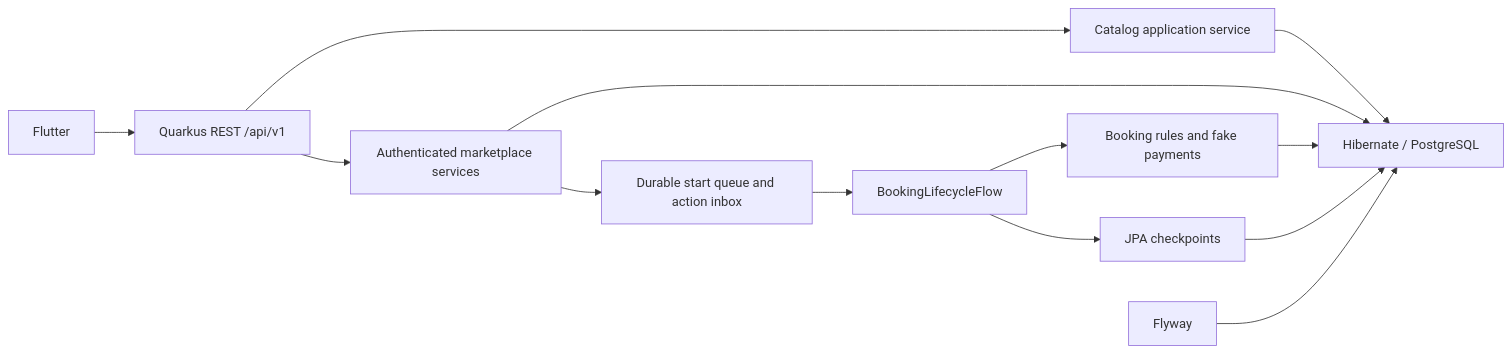
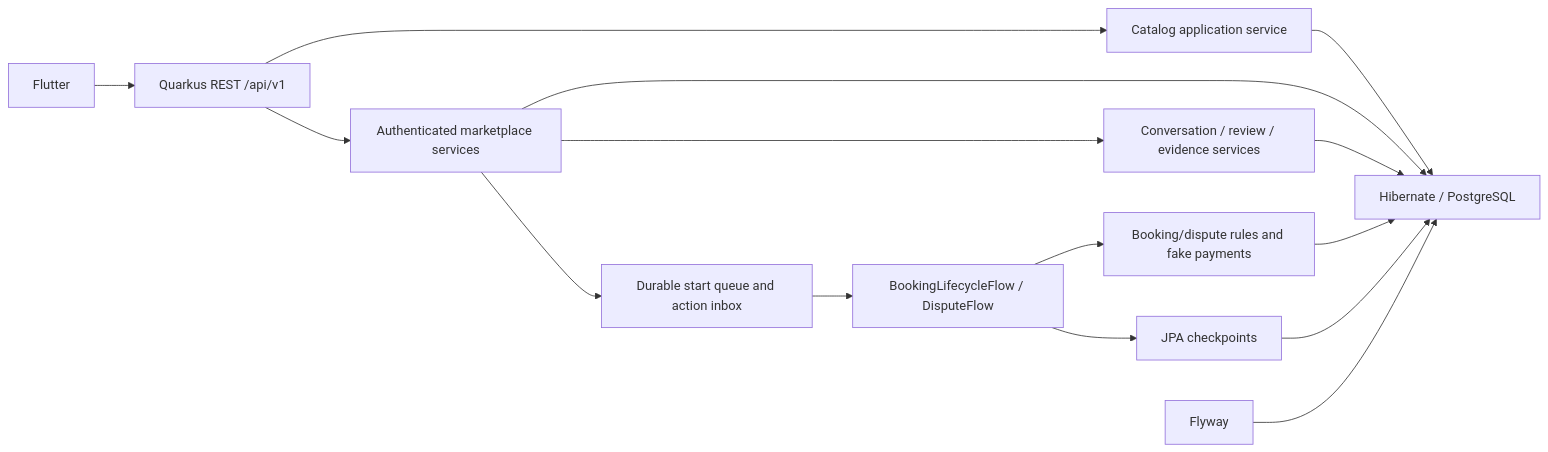
The diagram in docs/architecture/ARCHITECTURE.md (Stuaarts/Bliss), drawn with Mermaid before and after one commit. The commit also changed other lines of this file and 10 other files, not shown here.

````diff
--- a/docs/architecture/ARCHITECTURE.md
+++ b/docs/architecture/ARCHITECTURE.md
@@ -8,15 +9,17 @@
 ```mermaid
 flowchart LR
   Flutter --> REST[Quarkus REST /api/v1]
   REST --> Catalog[Catalog application service]
   REST --> Marketplace[Authenticated marketplace services]
   Catalog --> ORM[Hibernate / PostgreSQL]
   Marketplace --> ORM
   Marketplace --> Inbox[Durable start queue and action inbox]
-  Inbox --> Flow[BookingLifecycleFlow]
-  Flow --> Domain[Booking rules and fake payments]
+  Inbox --> Flow[BookingLifecycleFlow / DisputeFlow]
+  Flow --> Domain[Booking/dispute rules and fake payments]
+  Marketplace --> Social[Conversation / review / evidence services]
+  Social --> ORM
   Domain --> ORM
   Flow --> Checkpoints[JPA checkpoints]
   Checkpoints --> ORM
   Flyway --> ORM
 ```
````
